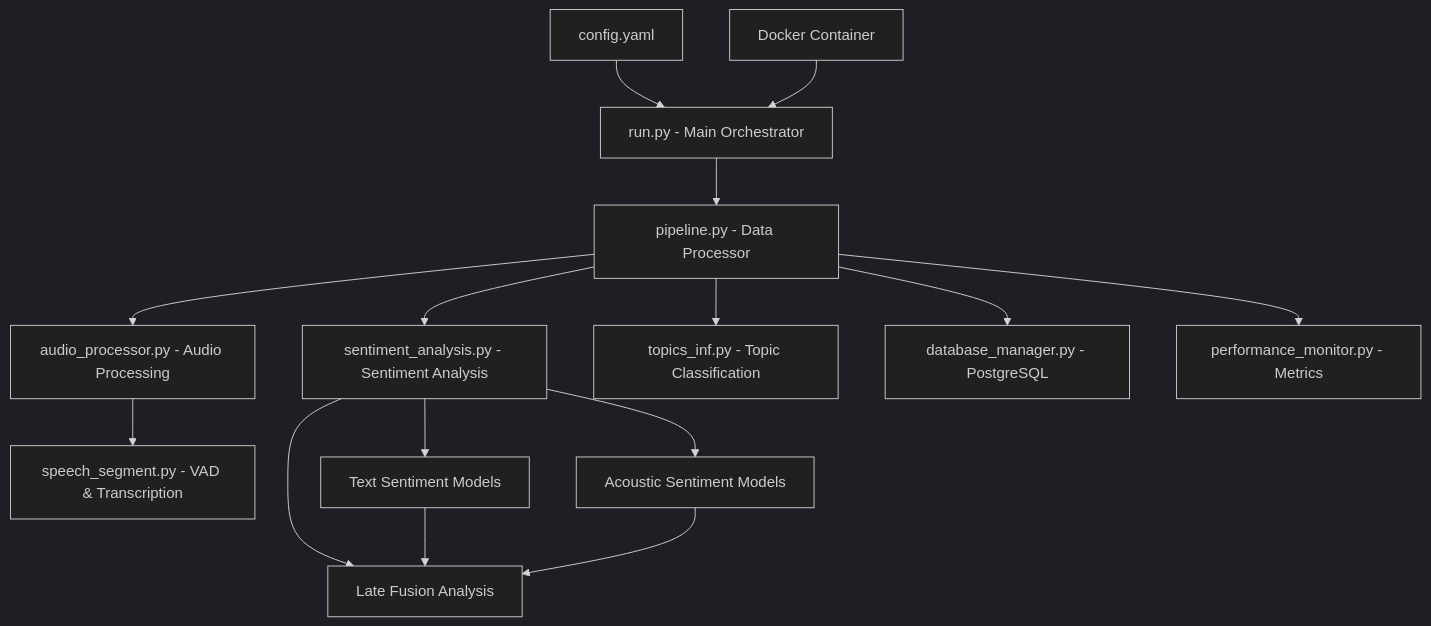
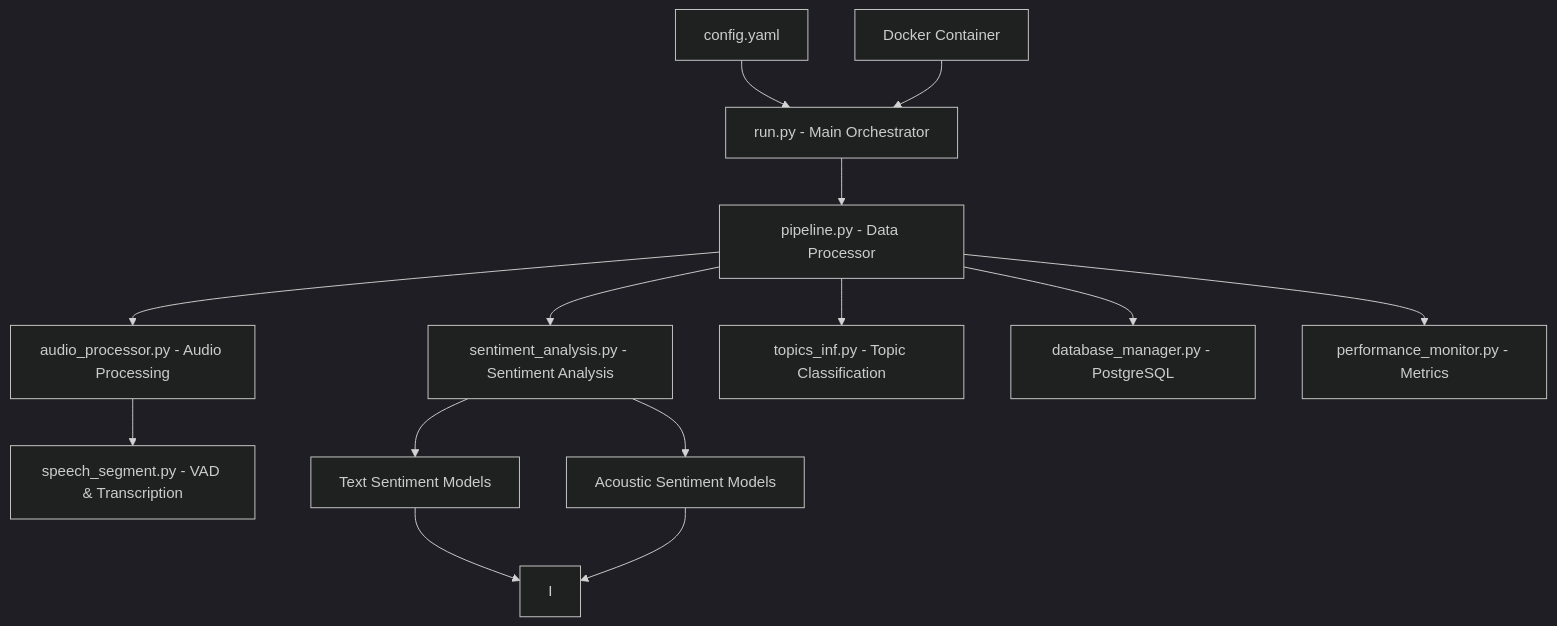
Before and after one commit to jaratM/audio_processor: the diagram in README.md, drawn with Mermaid (dark theme).

````diff
--- a/README.md
+++ b/README.md
@@ -21,17 +21,16 @@
 ```mermaid
 graph TB
     A[run.py - Main Orchestrator] --> B[pipeline.py - Data Processor]
     B --> C[audio_processor.py - Audio Processing]
     B --> D[sentiment_analysis.py - Sentiment Analysis]
     B --> E[topics_inf.py - Topic Classification]
     C --> F[speech_segment.py - VAD & Transcription]
     D --> G[Text Sentiment Models]
     D --> H[Acoustic Sentiment Models]
-    D --> I[Late Fusion Analysis]
     G --> I
     H --> I
     B --> J[database_manager.py - PostgreSQL]
     B --> K[performance_monitor.py - Metrics]
     L[config.yaml] --> A
     M[Docker Container] --> A
 ```
````
